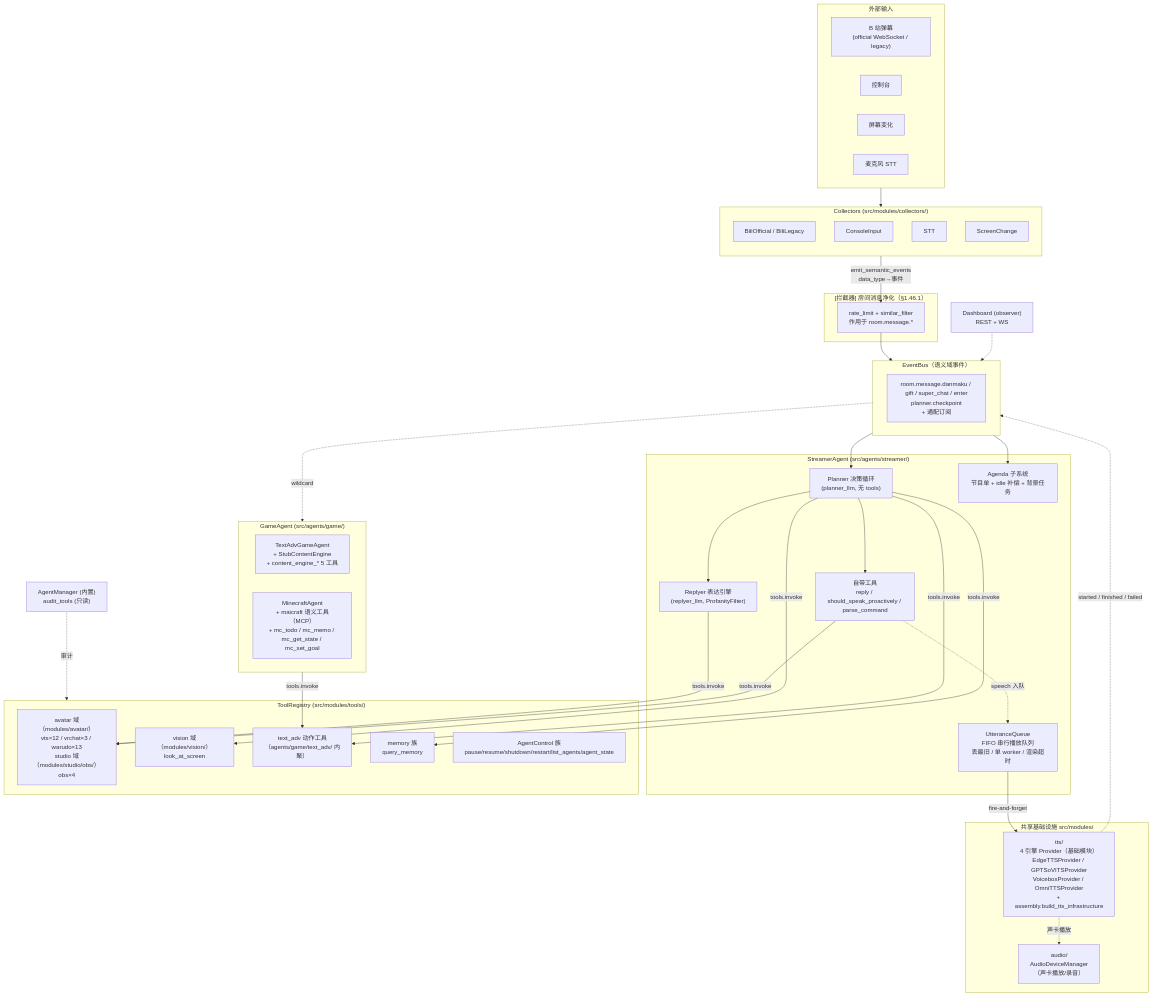
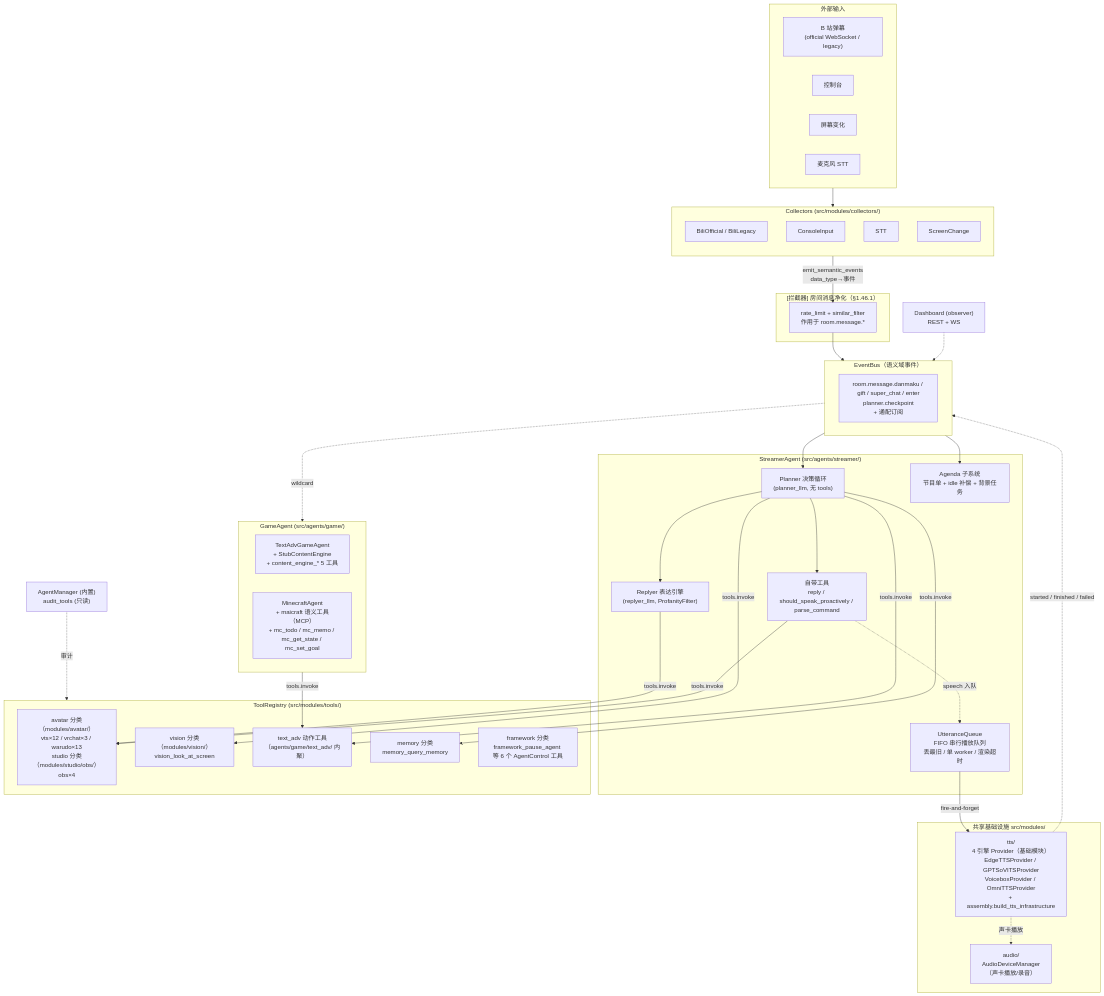
The first of 3 diagrams in docs/architecture/overview.md (Mai-with-u/Amaidesu), drawn with Mermaid before and after one commit. The commit also changed other lines of this file and 24 other files, not shown here.

````diff
--- a/docs/architecture/overview.md
+++ b/docs/architecture/overview.md
@@ -11,72 +11,72 @@
 ```mermaid
 flowchart TB
     subgraph Ext["外部输入"]
         Bili["B 站弹幕<br/>(official WebSocket / legacy)"]
         Cons["控制台"]
         Screen["屏幕变化"]
         Mic["麦克风 STT"]
     end
 
     subgraph Collectors["Collectors (src/modules/collectors/)"]
         direction TB
         CBili["BiliOfficial / BiliLegacy"]
         CCons["ConsoleInput"]
         CMic["STT"]
         CScreen["ScreenChange"]
     end
 
     subgraph Interceptors["[拦截器] 房间消息净化（§1.46.1）"]
         INT["rate_limit + similar_filter<br/>作用于 room.message.*"]
     end
 
     subgraph Bus["EventBus（语义域事件）"]
         EB["room.message.danmaku / gift / super_chat / enter<br/>planner.checkpoint<br/>+ 通配订阅"]
     end
 
     subgraph Streamer["StreamerAgent (src/agents/streamer/)"]
         Planner["Planner 决策循环<br/>(planner_llm, 无 tools)"]
         Reply["Replyer 表达引擎<br/>(replyer_llm, ProfanityFilter)"]
         Agenda["Agenda 子系统<br/>节目单 + idle 补偿 + 背景任务"]
         Tools["自带工具<br/>reply / should_speak_proactively / parse_command"]
         UQ["UtteranceQueue<br/>FIFO 串行播放队列<br/>丢最旧 / 单 worker / 渲染超时"]
     end
 
     subgraph Game["GameAgent (src/agents/game/)"]
         TextAdv["TextAdvGameAgent<br/>+ StubContentEngine<br/>+ content_engine_* 5 工具"]
         MC["MinecraftAgent<br/>+ maicraft 语义工具（MCP）<br/>+ mc_todo / mc_memo / mc_get_state / mc_set_goal"]
     end
 
     subgraph Registry["ToolRegistry (src/modules/tools/)"]
-        Out["avatar 域（modules/avatar/）<br/>vts×12 / vrchat×3 / warudo×13<br/>studio 域（modules/studio/obs/）obs×4"]
-        Per["vision 域（modules/vision/）<br/>look_at_screen"]
+        Out["avatar 分类（modules/avatar/）<br/>vts×12 / vrchat×3 / warudo×13<br/>studio 分类（modules/studio/obs/）obs×4"]
+        Per["vision 分类（modules/vision/）<br/>vision_look_at_screen"]
         CE["text_adv 动作工具<br/>（agents/game/text_adv/ 内聚）"]
-        Mem["memory 族<br/>query_memory"]
-        Ctrl["AgentControl 族<br/>pause/resume/shutdown/restart/list_agents/agent_state"]
+        Mem["memory 分类<br/>memory_query_memory"]
+        Ctrl["framework 分类<br/>framework_pause_agent 等 6 个 AgentControl 工具"]
     end
 
     subgraph InFra["共享基础设施 src/modules/"]
         TTS["tts/<br/>4 引擎 Provider（基础模块）<br/>EdgeTTSProvider / GPTSoVITSProvider<br/>VoiceboxProvider / OmniTTSProvider<br/>+ assembly.build_tts_infrastructure"]
         Audio["audio/<br/>AudioDeviceManager<br/>（声卡播放/录音）"]
     end
 
     Ext --> Collectors
     Collectors -->|"emit_semantic_events<br/>data_type→事件"| INT
     INT --> Bus
     Bus --> Planner
     Bus --> Agenda
     Planner --> Reply
     Planner --> Tools
     Reply -->|tools.invoke| Out
     Tools -->|tools.invoke| Out
     Planner -->|tools.invoke| CE
     Planner -->|tools.invoke| Per
     Planner -->|tools.invoke| Mem
     Bus -.->|wildcard| Game
     Game -->|tools.invoke| CE
     Tools -.->|speech 入队| UQ
     UQ -->|fire-and-forget| TTS
     TTS -.->|started / finished / failed| Bus
     TTS -.->|声卡播放| Audio
     Manager["AgentManager (内置)<br/>audit_tools (只读)"] -.->|审计| Registry
     Dashboard["Dashboard (observer)<br/>REST + WS"] -.-> Bus
 ```
````
